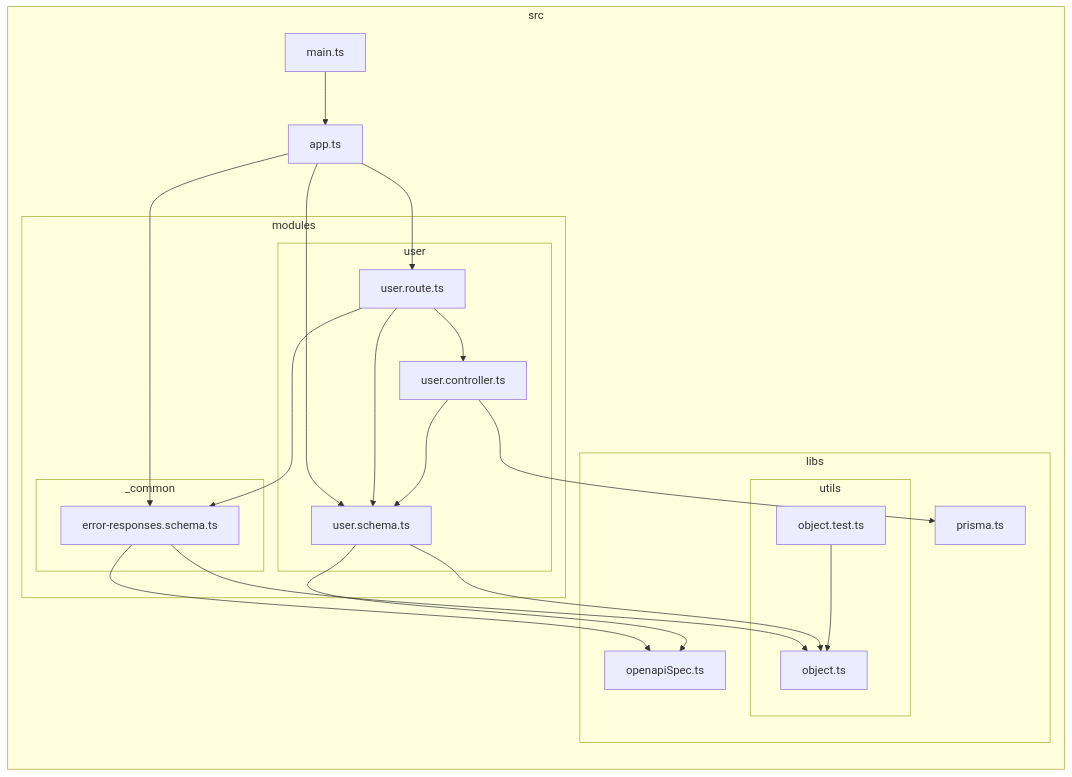
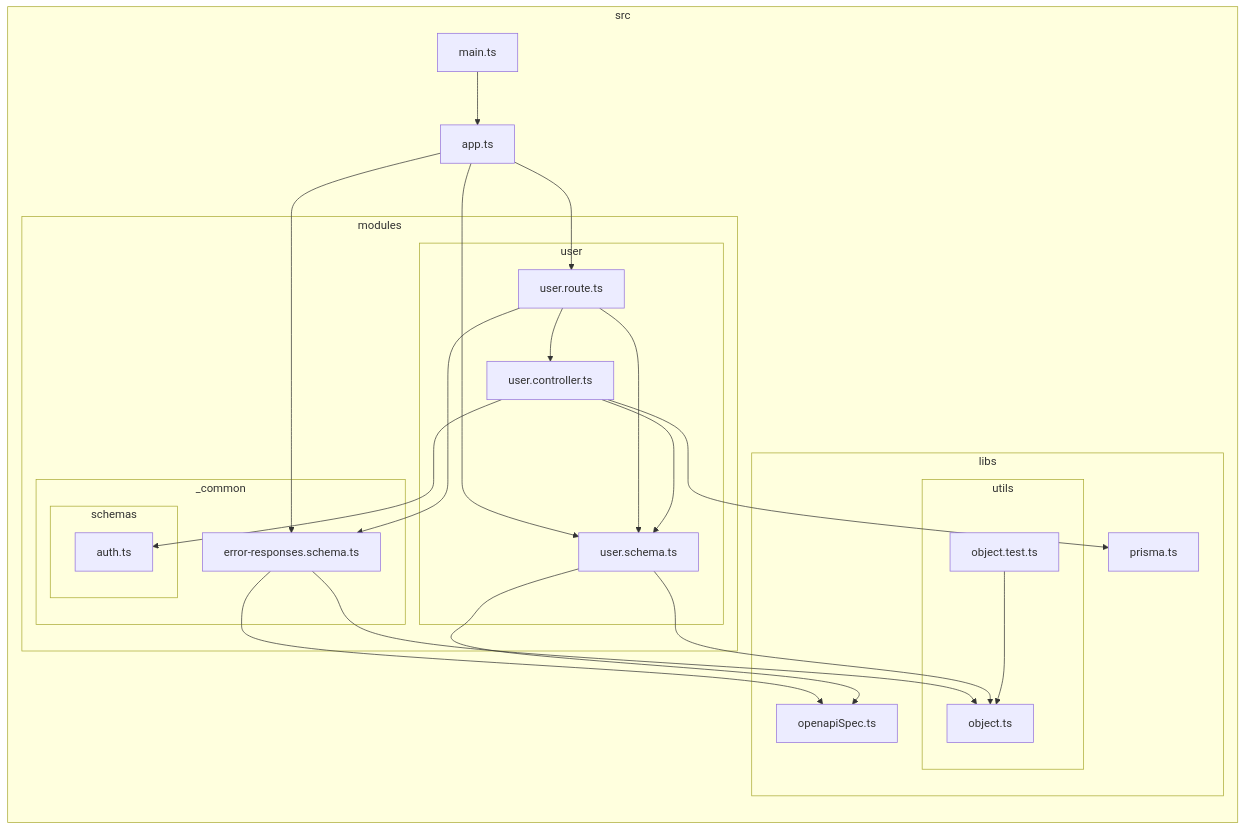
The diagram in docs/dependency-graph.md (junkor-1011/-fastify-prisma-example3), drawn with Mermaid before and after one commit. The commit also changed 2 other files, not shown here.

Commit message:
feat: authorization header check

````diff
--- a/docs/dependency-graph.md
+++ b/docs/dependency-graph.md
@@ -1,40 +1,44 @@
 ```mermaid
 flowchart LR
 
 subgraph 0["src"]
 1["app.ts"]
 subgraph 2["modules"]
 subgraph 3["_common"]
 4["error-responses.schema.ts"]
+subgraph E["schemas"]
+F["auth.ts"]
+end
 end
 subgraph 9["user"]
 A["user.route.ts"]
 B["user.controller.ts"]
 C["user.schema.ts"]
 end
 end
 subgraph 5["libs"]
 6["openapiSpec.ts"]
 subgraph 7["utils"]
 8["object.ts"]
-E["object.test.ts"]
+G["object.test.ts"]
 end
 D["prisma.ts"]
 end
-F["main.ts"]
+H["main.ts"]
 end
 1-->4
 1-->A
 1-->C
 4-->6
 4-->8
 A-->B
 A-->C
 A-->4
 B-->C
 B-->D
+B-->F
 C-->6
 C-->8
-E-->8
-F-->1
+G-->8
+H-->1
 ```
````
